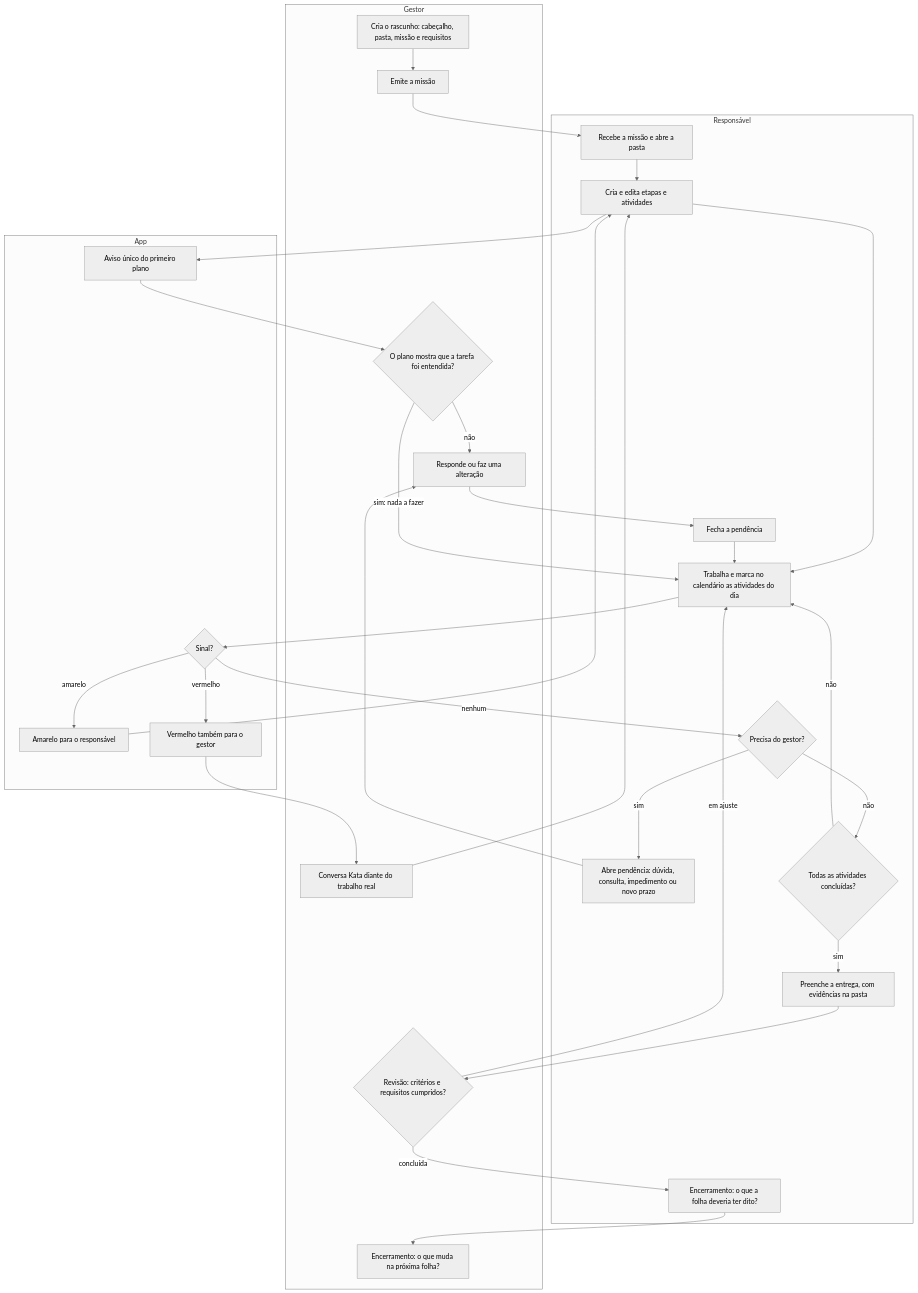
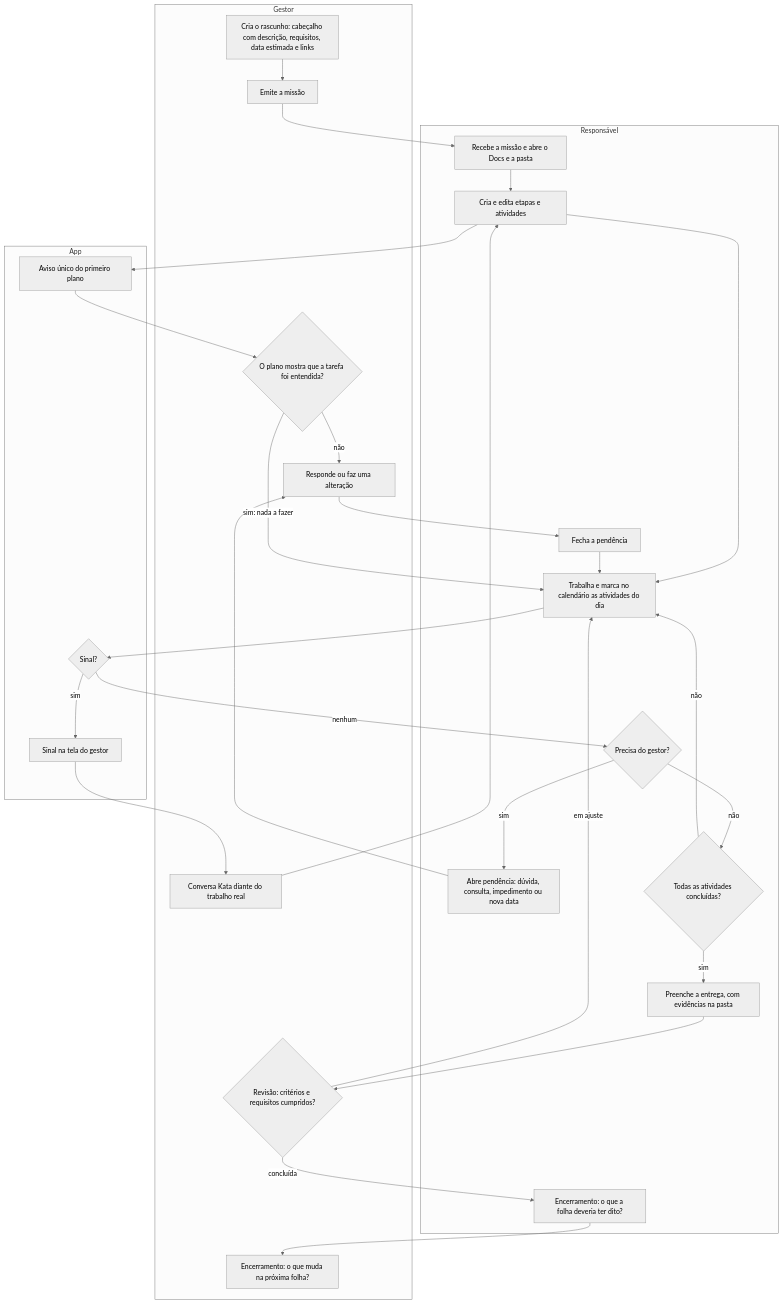
The diagram in skills/Toyota_para_desenvolvimento/protocolo_missoes.md (BR-Tavares/agent-skills), drawn with Mermaid (neutral theme) before and after one commit. The commit also changed other lines of this file and 2 other files, not shown here.

First line of the commit message:
Protocolo v2.5: gestão sem atrito na tela do responsável

````diff
--- a/skills/Toyota_para_desenvolvimento/protocolo_missoes.md
+++ b/skills/Toyota_para_desenvolvimento/protocolo_missoes.md
@@ -25,47 +29,45 @@
 ```mermaid
 flowchart TD
     subgraph G["Gestor"]
-        G1["Cria o rascunho: cabeçalho, pasta, missão e requisitos"]
+        G1["Cria o rascunho: cabeçalho com descrição, requisitos, data estimada e links"]
         G2["Emite a missão"]
         G3{"O plano mostra que a tarefa foi entendida?"}
         G4["Responde ou faz uma alteração"]
         G5["Conversa Kata diante do trabalho real"]
         G6{"Revisão: critérios e requisitos cumpridos?"}
         G7["Encerramento: o que muda na próxima folha?"]
     end
 
     subgraph R["Responsável"]
-        R1["Recebe a missão e abre a pasta"]
+        R1["Recebe a missão e abre o Docs e a pasta"]
         R2["Cria e edita etapas e atividades"]
         R3["Trabalha e marca no calendário as atividades do dia"]
         R4{"Precisa do gestor?"}
-        R5["Abre pendência: dúvida, consulta, impedimento ou novo prazo"]
+        R5["Abre pendência: dúvida, consulta, impedimento ou nova data"]
         R6["Fecha a pendência"]
         R7{"Todas as atividades concluídas?"}
         R8["Preenche a entrega, com evidências na pasta"]
         R9["Encerramento: o que a folha deveria ter dito?"]
     end
 
     subgraph A["App"]
         A1["Aviso único do primeiro plano"]
         A2{"Sinal?"}
-        A3["Amarelo para o responsável"]
-        A4["Vermelho também para o gestor"]
+        A3["Sinal na tela do gestor"]
     end
 
     G1 --> G2 --> R1 --> R2
     R2 --> A1 --> G3
     G3 -- "não" --> G4
     G3 -- "sim: nada a fazer" --> R3
     R2 --> R3
     R3 --> A2
     A2 -- "nenhum" --> R4
-    A2 -- "amarelo" --> A3 --> R2
-    A2 -- "vermelho" --> A4 --> G5 --> R2
+    A2 -- "sim" --> A3 --> G5 --> R2
     R4 -- "sim" --> R5 --> G4 --> R6 --> R3
     R4 -- "não" --> R7
     R7 -- "não" --> R3
     R7 -- "sim" --> R8 --> G6
     G6 -- "em ajuste" --> R3
     G6 -- "concluída" --> R9 --> G7
 ```
````
